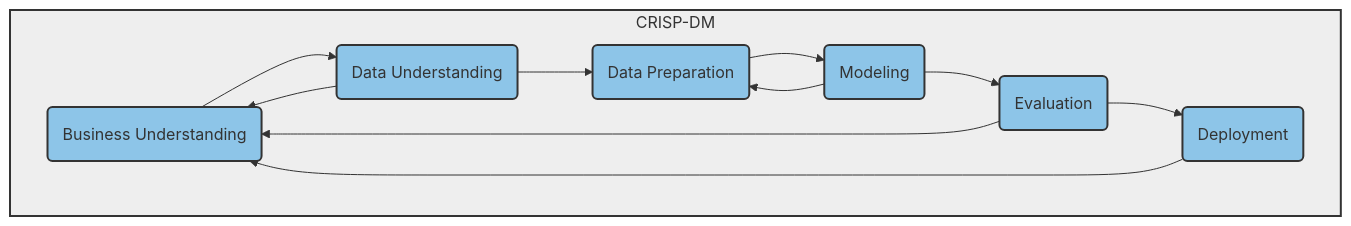
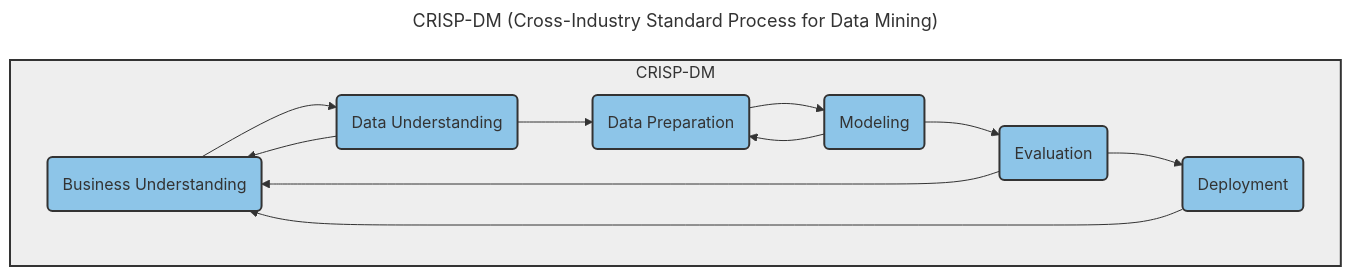
One commit to imarranz/data-science-workflow-management changed the first of 6 diagrams in srcsite/03_workflow/034_workflow_management_concepts.md. Above: the diagram before and after it, drawn with Mermaid. The commit also changed other lines of this file and 1 other file, not shown here.

````diff
--- a/srcsite/03_workflow/034_workflow_management_concepts.md
+++ b/srcsite/03_workflow/034_workflow_management_concepts.md
@@ -26,29 +26,32 @@
 ```mermaid
+---
+title: CRISP-DM (Cross-Industry Standard Process for Data Mining)
+---
 graph TD
     subgraph CRISP-DM
         style CRISP-DM fill:#EEEEEE, stroke:#333, stroke-width:2px
 
         A(Business Understanding)
         B(Data Understanding)
         C(Data Preparation)
         D(Modeling)
         E(Evaluation)
         F(Deployment)
 
         A --> B
         B --> A
         B --> C
         C --> D
         D --> C
 
         D --> E
         E --> F
         E --> A
         F --> A
 
     end
 
     classDef miestilo fill:#8dc5e8,stroke:#333,stroke-width:2px
     class A,B,C,D,E,F miestilo
 
 ```
````
